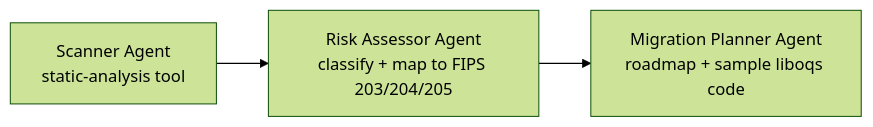
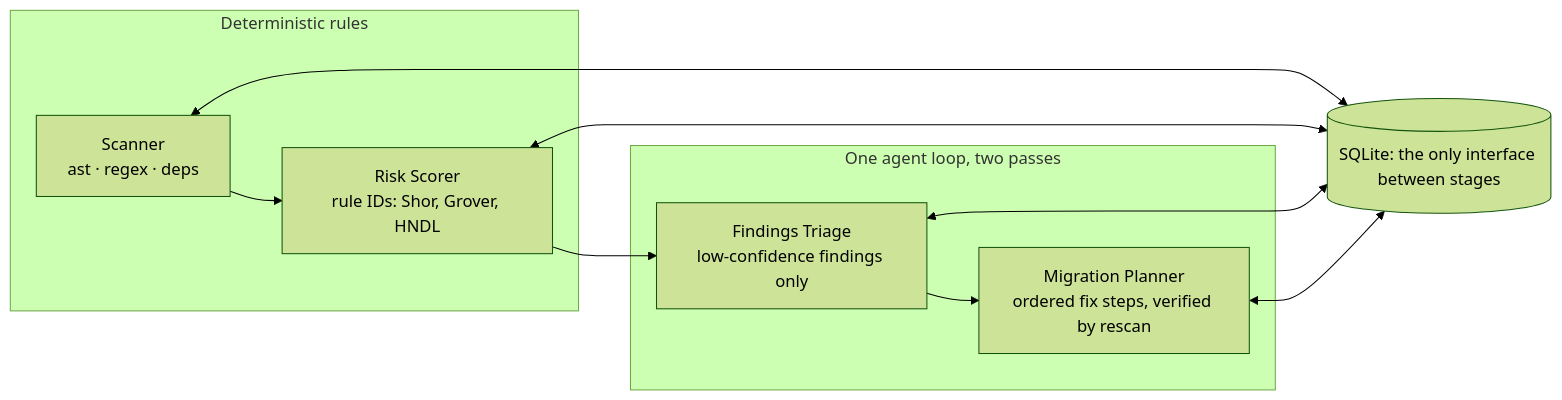
The diagram in README.md (JacobProwse/Agentic-Migration-Adviser), drawn with Mermaid (forest theme) before and after one commit. The commit also changed other lines of this file and 1 other file, not shown here.

First line of the commit message:
Update architecture docs after design review (#8)

````diff
--- a/README.md
+++ b/README.md
@@ -17,5 +17,15 @@
 ```mermaid
 flowchart LR
-    A[Scanner Agent<br/>static-analysis tool] --> B[Risk Assessor Agent<br/>classify + map to FIPS 203/204/205]
-    B --> C[Migration Planner Agent<br/>roadmap + sample liboqs code]
+    subgraph rules [Deterministic rules]
+        S[Scanner<br/>ast · regex · deps] --> R[Risk Scorer<br/>rule IDs: Shor, Grover, HNDL]
+    end
+    subgraph agent [One agent loop, two passes]
+        T[Findings Triage<br/>low-confidence findings only] --> P[Migration Planner<br/>ordered fix steps, verified by rescan]
+    end
+    R --> T
+    DB[(SQLite: the only interface between stages)]
+    S <--> DB
+    R <--> DB
+    T <--> DB
+    P <--> DB
 ```
````
